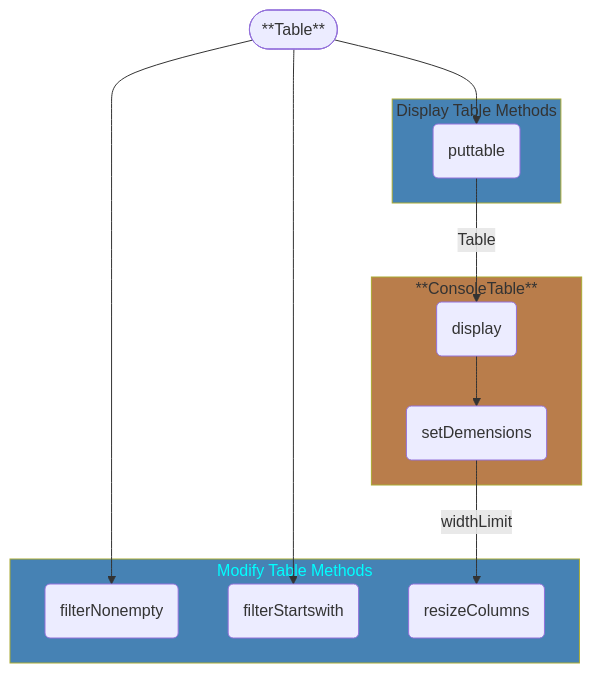
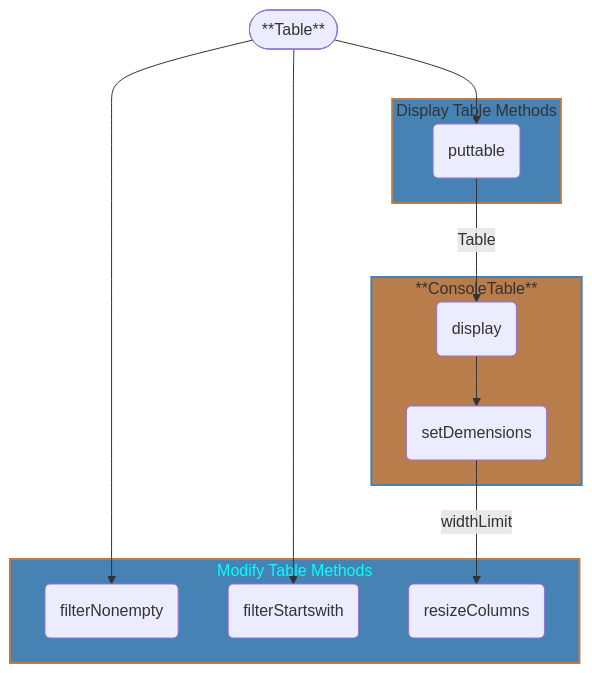
Diagram 12 of 20 in scripts/table/design.md (7s4e/p3), drawn with Mermaid before and after one commit. The commit also changed other lines of this file, not shown here.

````diff
--- a/scripts/table/design.md
+++ b/scripts/table/design.md
@@ -379,25 +379,25 @@
 ```mermaid
 graph
     TABL([**Table**])
         TABL --> FTNE
         TABL --> FTSW
         TABL --> PTBL
     subgraph m [Modify Table Methods]
-        style m fill:#4682b4,color:#0ff
+        style m fill:#4682b4,stroke:#b97d4b,stroke-width:2px,color:#0ff
         FTNE(filterNonempty)
         FTSW(filterStartswith)
         RSZC(resizeColumns)
     end
     subgraph d [Display Table Methods]
-        style d fill:#4682b4
+        style d fill:#4682b4,stroke:#b97d4b,stroke-width:2px
         PTBL(puttable)
     end
     subgraph C [**ConsoleTable**]
-        style C fill:#b97d4b
+        style C fill:#b97d4b,stroke:#4682b4,stroke-width:2px
         DPLY(display)
             PTBL -- Table --> DPLY
             DPLY --> SDMN
         SDMN(setDemensions)
             SDMN -- widthLimit --> RSZC
     end
 ```
````
